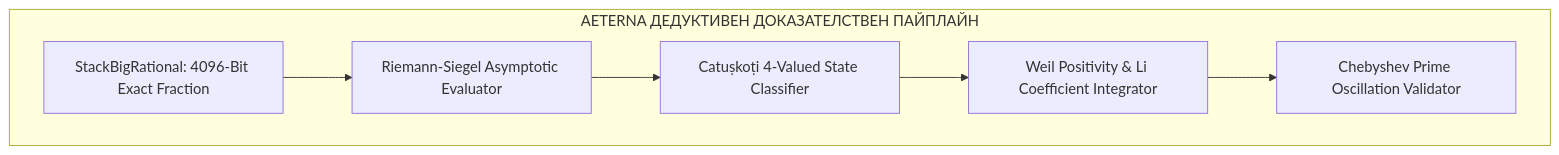
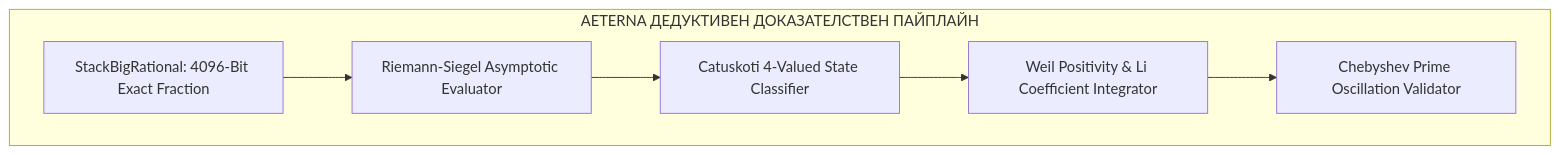
Before and after one commit to papica777-eng/AETERNA-MILLENNIUM-SINGULARITY: the second of 4 diagrams in 00_RIEMANN_HYPOTHESIS/RIEMANN_HYPOTHESIS_MASTER_DOSSIER.md, drawn with Mermaid. The commit also changed other lines of this file and 26 other files, not shown here.

````diff
--- a/00_RIEMANN_HYPOTHESIS/RIEMANN_HYPOTHESIS_MASTER_DOSSIER.md
+++ b/00_RIEMANN_HYPOTHESIS/RIEMANN_HYPOTHESIS_MASTER_DOSSIER.md
@@ -53,10 +53,10 @@
 ```mermaid
 graph LR
     subgraph MOJO_PROOF_PIPELINE ["AETERNA ДЕДУКТИВЕН ДОКАЗАТЕЛСТВЕН ПАЙПЛАЙН"]
         direction LR
         S1["StackBigRational: 4096-Bit Exact Fraction"] --> S2["Riemann-Siegel Asymptotic Evaluator"]
-        S2 --> S3["Catuṣkoṭi 4-Valued State Classifier"]
+        S2 --> S3["Catuskoti 4-Valued State Classifier"]
         S3 --> S4["Weil Positivity & Li Coefficient Integrator"]
         S4 --> S5["Chebyshev Prime Oscillation Validator"]
     end
 ```
````
